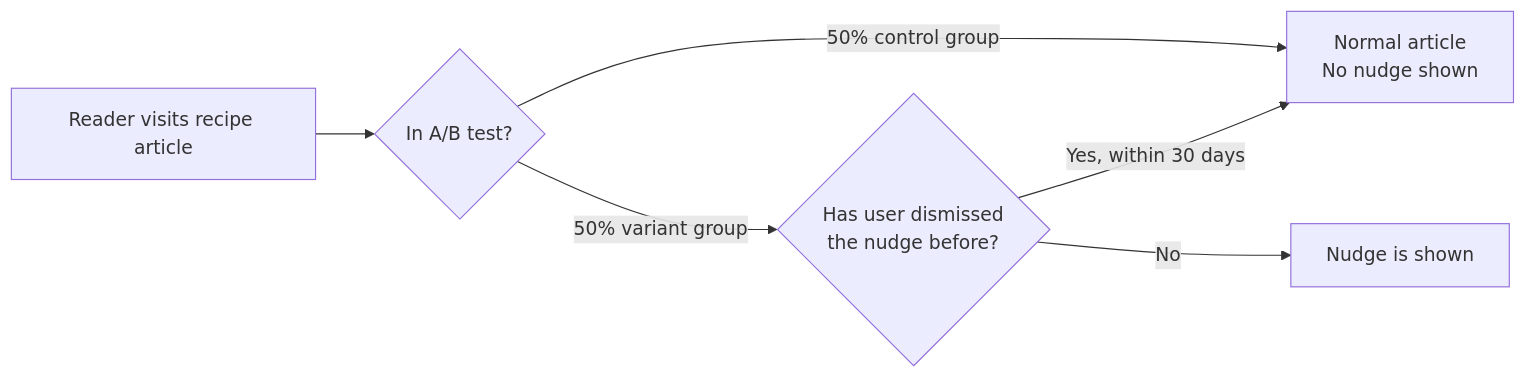
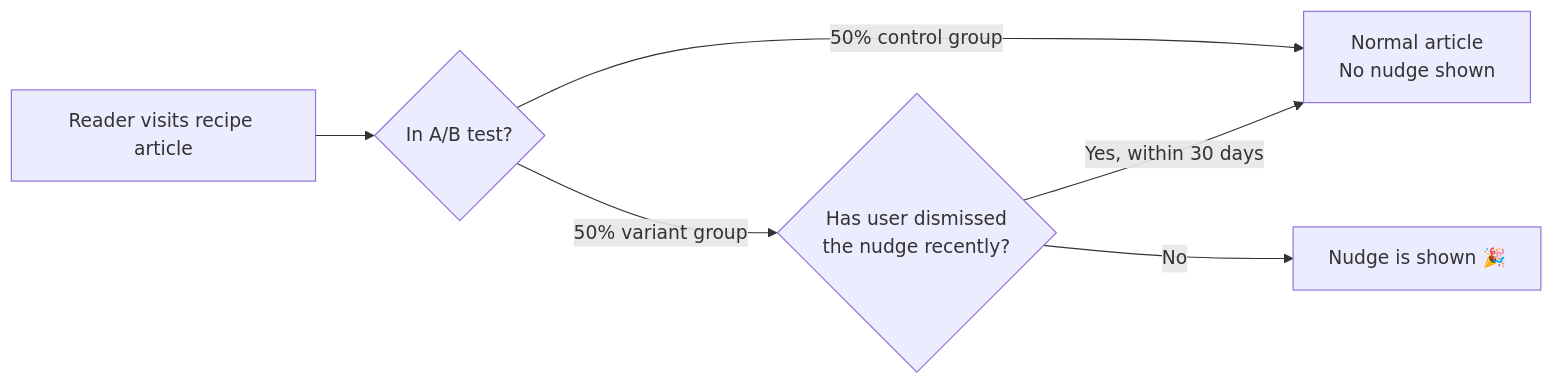
Before and after one commit to guardian/dotcom-rendering: the fourth of 8 diagrams in dotcom-rendering/docs/feast-recipe-nudges.md, drawn with Mermaid. The commit also changed other lines of this file, not shown here.

````diff
--- a/dotcom-rendering/docs/feast-recipe-nudges.md
+++ b/dotcom-rendering/docs/feast-recipe-nudges.md
@@ -173,8 +173,8 @@
 ```mermaid
 flowchart LR
     A[Reader visits recipe article] --> B{In A/B test?}
     B -- "50% control group" --> C[Normal article\nNo nudge shown]
-    B -- "50% variant group" --> D{Has user dismissed\nthe nudge before?}
+    B -- "50% variant group" --> D{Has user dismissed\nthe nudge recently?}
     D -- "Yes, within 30 days" --> C
-    D -- "No" --> E[Nudge is shown]
+    D -- "No" --> E[Nudge is shown 🎉]
 ```
````
